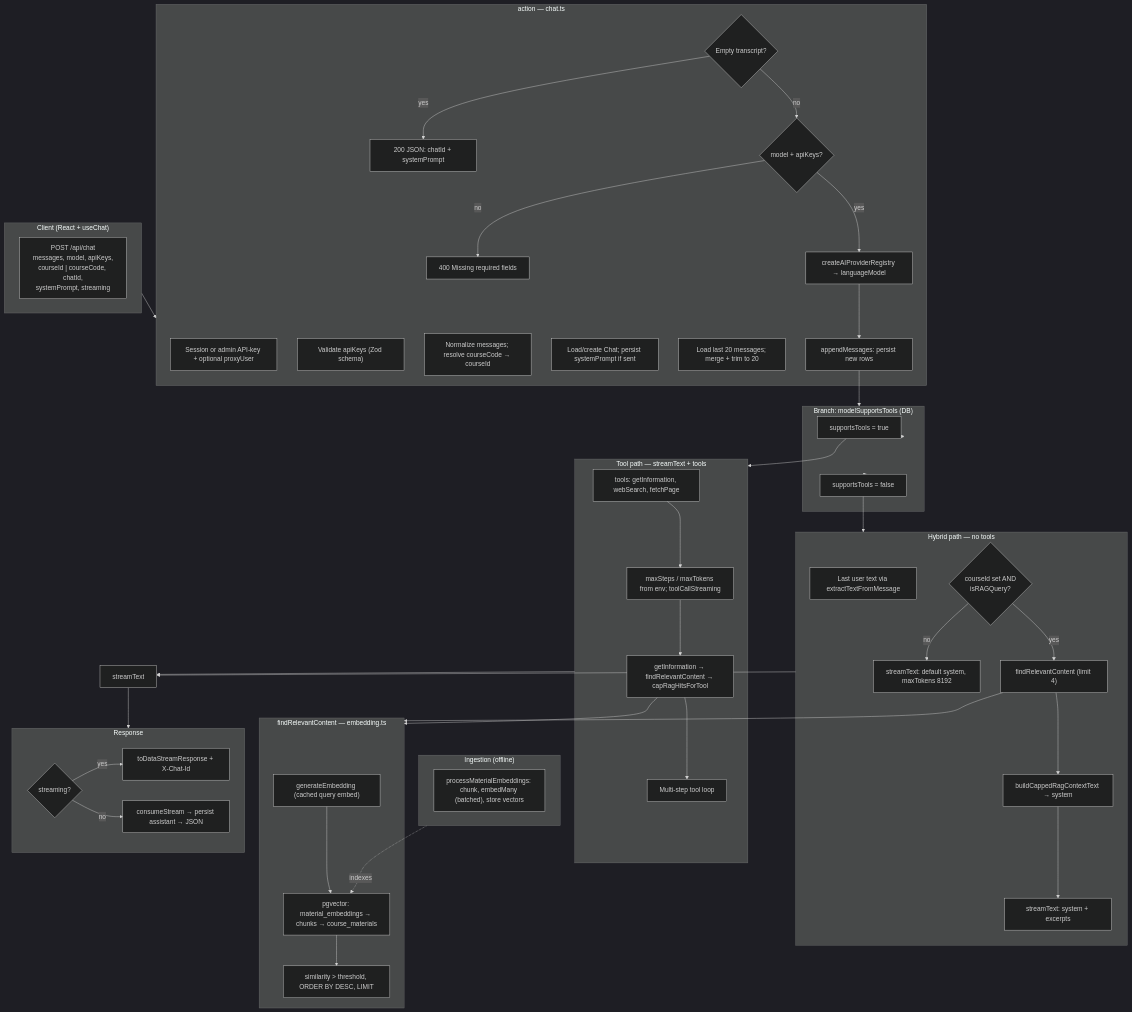
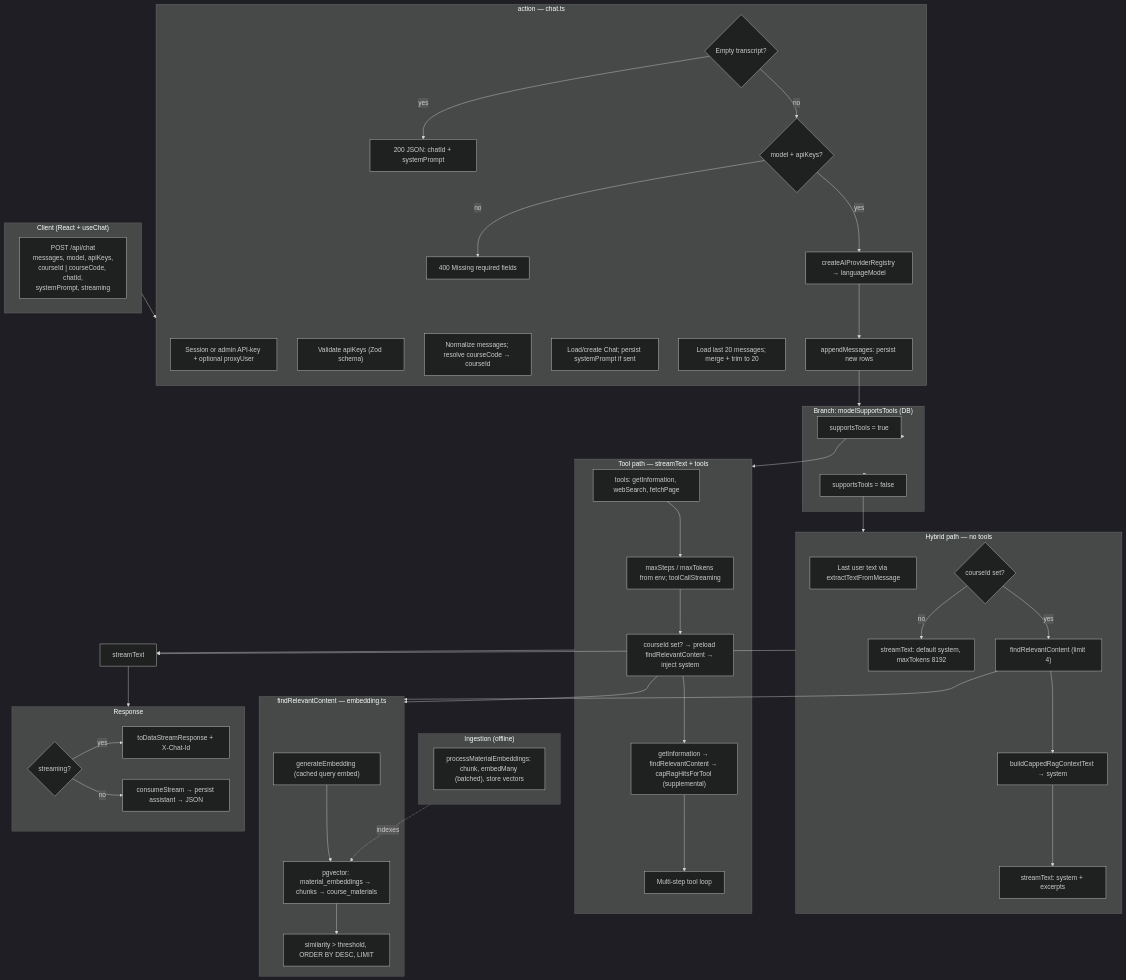
One commit to EduAI-Lab/EduAI changed the diagram in docs/rag-ai/CHAT_RAG_PIPELINE.md. Above: the diagram before and after it, drawn with Mermaid (dark theme). The commit also changed other lines of this file and 4 other files, not shown here.

Commit message:
feat(rag): always-on course RAG on hybrid and tool paths (#484)

````diff
--- a/docs/rag-ai/CHAT_RAG_PIPELINE.md
+++ b/docs/rag-ai/CHAT_RAG_PIPELINE.md
@@ -11,71 +11,72 @@
 ```mermaid
 flowchart TB
   subgraph client["Client (React + useChat)"]
     C1["POST /api/chat<br/>messages, model, apiKeys,<br/>courseId | courseCode, chatId,<br/>systemPrompt, streaming"]
   end
 
   subgraph entry["action — chat.ts"]
     A1["Session or admin API-key + optional proxyUser"]
     A2["Validate apiKeys (Zod schema)"]
     A3["Normalize messages; resolve courseCode → courseId"]
     A4["Load/create Chat; persist systemPrompt if sent"]
     A5["Load last 20 messages; merge + trim to 20"]
     A6{"Empty transcript?"}
     A6 -->|yes| A7["200 JSON: chatId + systemPrompt"]
     A6 -->|no| A8{"model + apiKeys?"}
     A8 -->|no| A9["400 Missing required fields"]
     A8 -->|yes| A10["createAIProviderRegistry → languageModel"]
     A11["appendMessages: persist new rows"]
   end
 
   subgraph branch["Branch: modelSupportsTools (DB)"]
     B1["supportsTools = true"]
     B2["supportsTools = false"]
   end
 
   subgraph hybrid["Hybrid path — no tools"]
     H1["Last user text via extractTextFromMessage"]
-    H2{"courseId set AND<br/>isRAGQuery?"}
+    H2{"courseId set?"}
     H2 -->|no| H3["streamText: default system, maxTokens 8192"]
     H2 -->|yes| H4["findRelevantContent (limit 4)"]
     H5["buildCappedRagContextText → system"]
     H6["streamText: system + excerpts"]
     H4 --> H5 --> H6
   end
 
   subgraph toolpath["Tool path — streamText + tools"]
     P1["tools: getInformation, webSearch, fetchPage"]
     P2["maxSteps / maxTokens from env; toolCallStreaming"]
-    P3["getInformation → findRelevantContent → capRagHitsForTool"]
-    P4["Multi-step tool loop"]
-    P1 --> P2 --> P3 --> P4
+    P3["courseId set? → preload findRelevantContent → inject system"]
+    P4["getInformation → findRelevantContent → capRagHitsForTool (supplemental)"]
+    P5["Multi-step tool loop"]
+    P1 --> P2 --> P3 --> P4 --> P5
   end
 
   subgraph ragcore["findRelevantContent — embedding.ts"]
     R1["generateEmbedding (cached query embed)"]
     R2["pgvector: material_embeddings → chunks → course_materials"]
     R3["similarity > threshold, ORDER BY DESC, LIMIT"]
     R1 --> R2 --> R3
   end
 
   subgraph ingest["Ingestion (offline)"]
     I1["processMaterialEmbeddings: chunk, embedMany (batched), store vectors"]
   end
 
   subgraph out["Response"]
     O1{"streaming?"}
     O1 -->|yes| O2["toDataStreamResponse + X-Chat-Id"]
     O1 -->|no| O3["consumeStream → persist assistant → JSON"]
   end
 
   client --> entry
   A10 --> A11 --> branch
   branch --> B1 --> toolpath
   branch --> B2 --> hybrid
   H4 --> ragcore
   P3 --> ragcore
   ingest -.->|"indexes"| R2
   hybrid --> ST["streamText"]
   toolpath --> ST
   ST --> out
 ```
````
